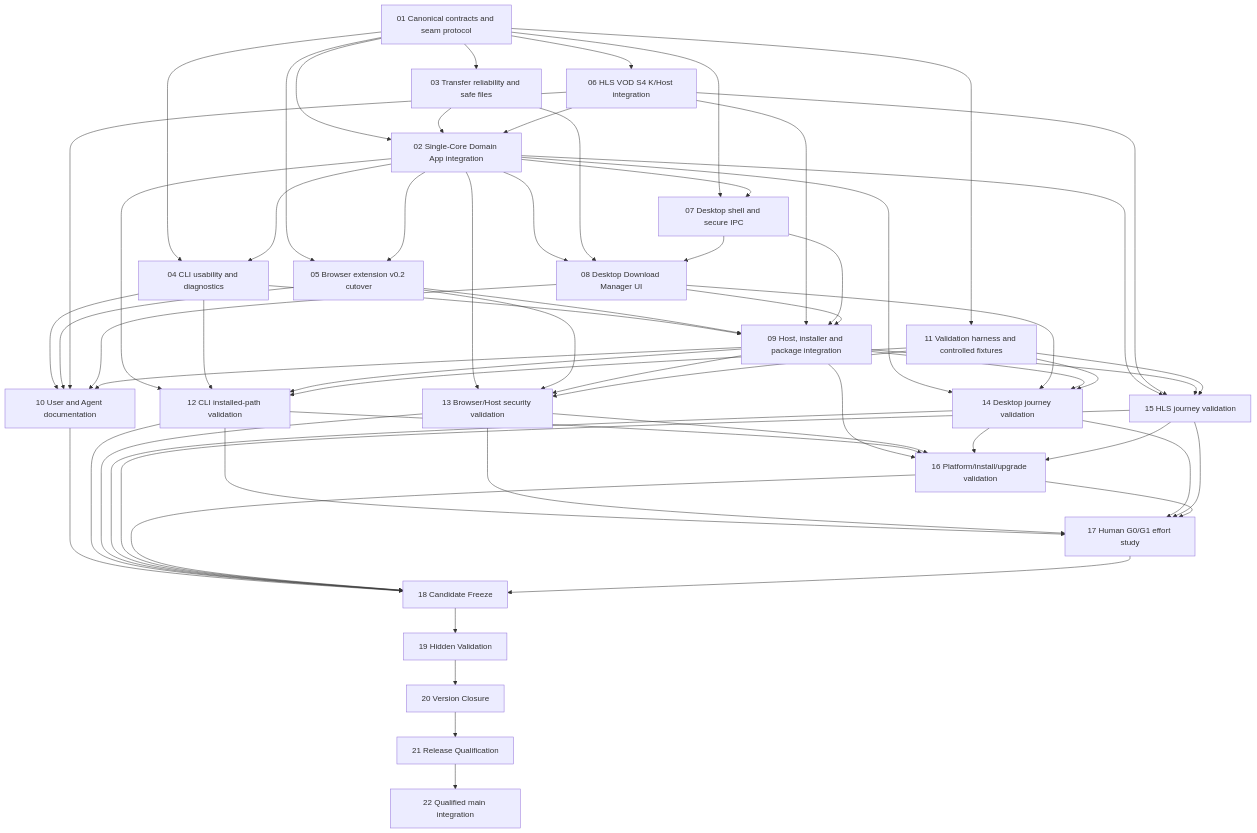
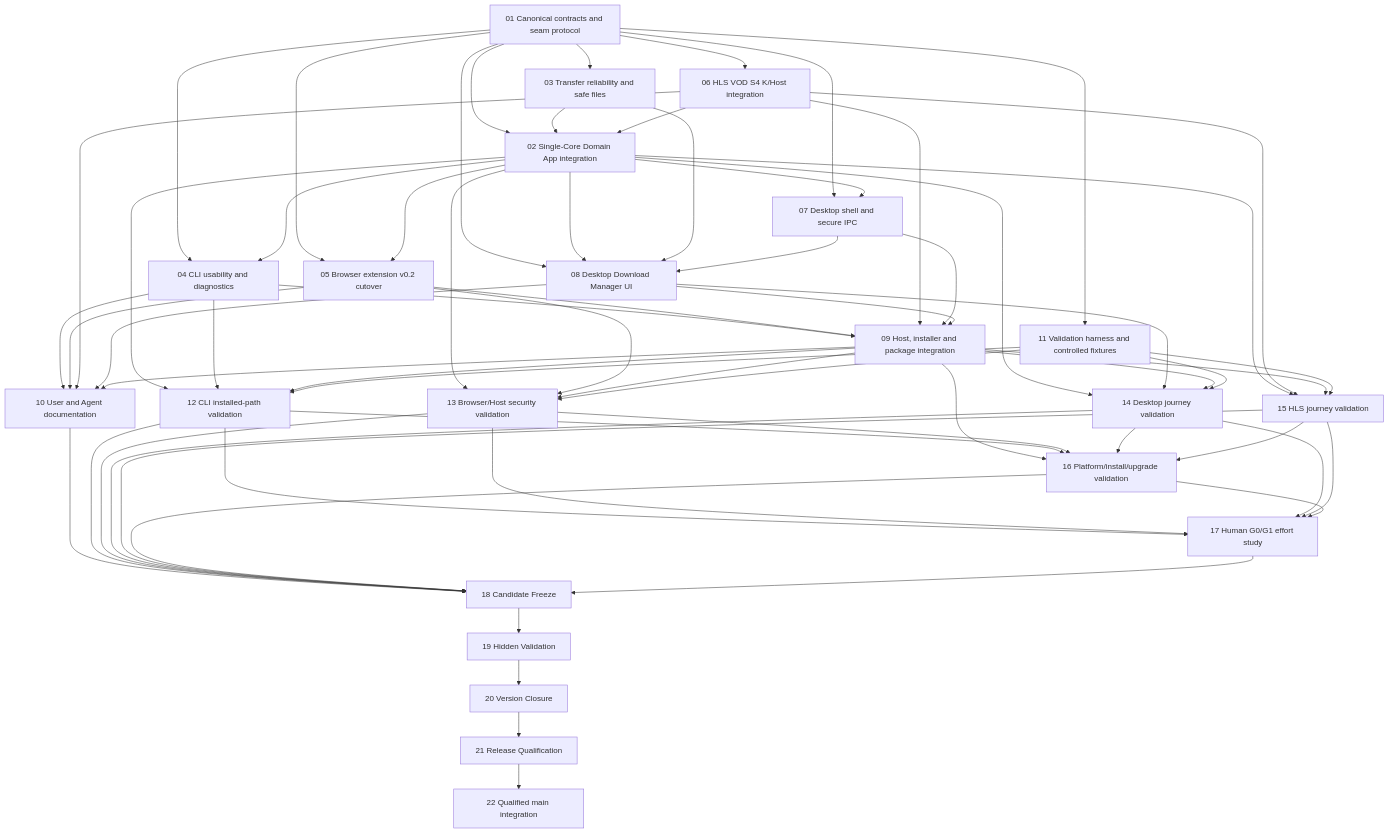
Before and after one commit to kaicreator-mm/xDownload: the diagram in docs/implementation/v0.2.1/TASK_DAG_R0.md, drawn with Mermaid.

Commit message:
docs(v0.2.1): align desktop UI dependencies with task table

```diff
--- a/docs/implementation/v0.2.1/TASK_DAG_R0.md
+++ b/docs/implementation/v0.2.1/TASK_DAG_R0.md
@@ -61,6 +61,7 @@
   T02 --> T04
   T02 --> T05
   T02 --> T07
+  T01 --> T08
   T02 --> T08
   T03 --> T08
   T07 --> T08
```
